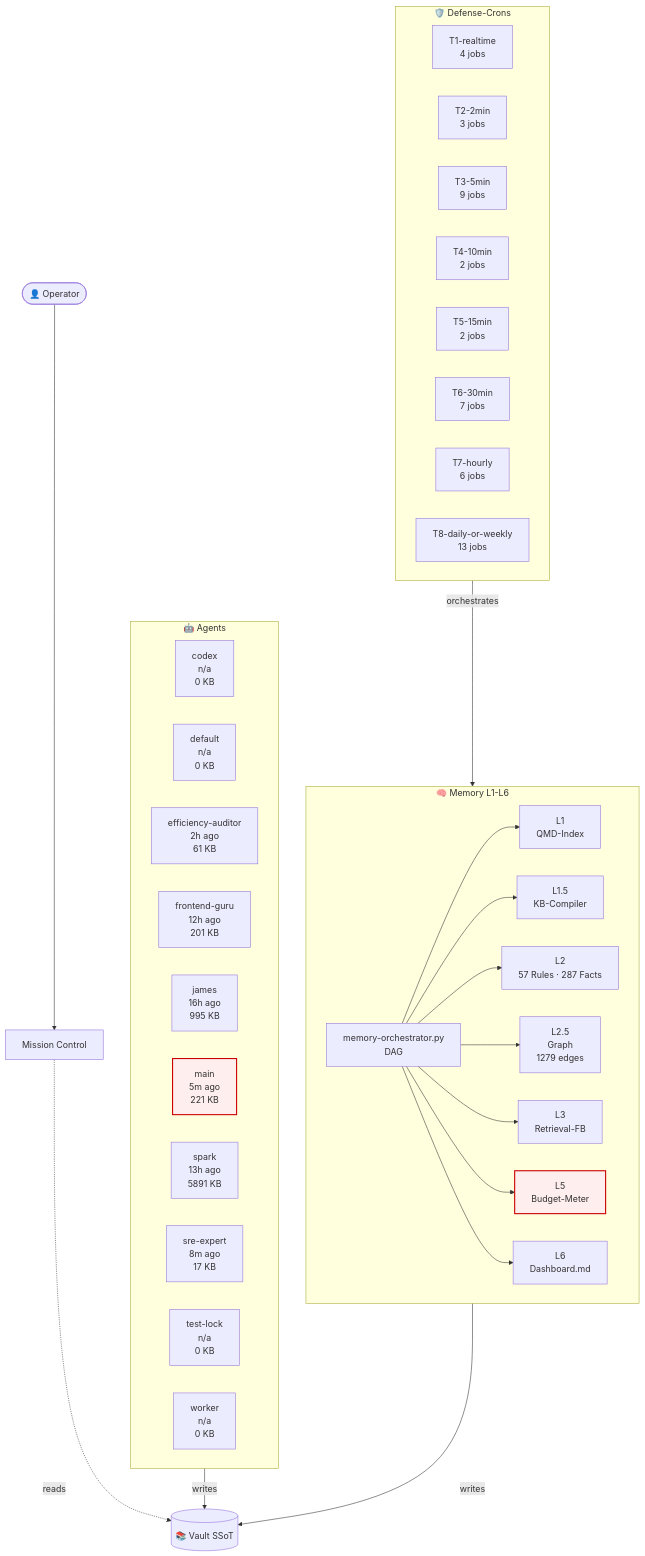
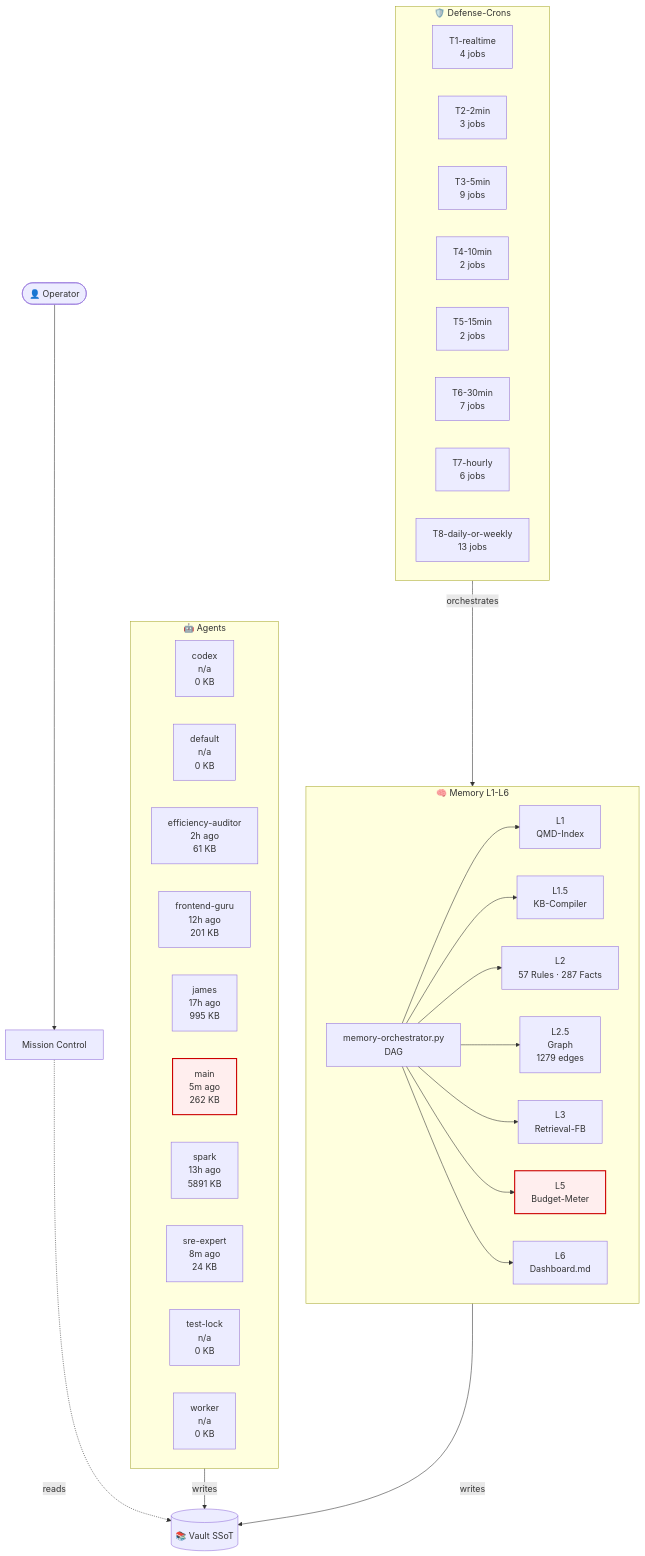
Before and after one commit to lenardhuebner88-rgb/openclaw-memory: the diagram in 03-Agents/architecture-live.md, drawn with Mermaid. The commit also changed other lines of this file and 1 other file, not shown here.

````diff
--- a/03-Agents/architecture-live.md
+++ b/03-Agents/architecture-live.md
@@ -18,53 +18,53 @@
 ```mermaid
 flowchart TB
     classDef critical fill:#fee,stroke:#c00,stroke-width:2px;
     subgraph AGT["🤖 Agents"]
         agent_codex["codex<br/>n/a<br/>0 KB"]
         agent_default["default<br/>n/a<br/>0 KB"]
         agent_efficiency_auditor["efficiency-auditor<br/>2h ago<br/>61 KB"]
         agent_frontend_guru["frontend-guru<br/>12h ago<br/>201 KB"]
-        agent_james["james<br/>16h ago<br/>995 KB"]
-        agent_main["main<br/>5m ago<br/>221 KB"]
+        agent_james["james<br/>17h ago<br/>995 KB"]
+        agent_main["main<br/>5m ago<br/>262 KB"]
         agent_spark["spark<br/>13h ago<br/>5891 KB"]
-        agent_sre_expert["sre-expert<br/>8m ago<br/>17 KB"]
+        agent_sre_expert["sre-expert<br/>8m ago<br/>24 KB"]
         agent_test_lock["test-lock<br/>n/a<br/>0 KB"]
         agent_worker["worker<br/>n/a<br/>0 KB"]
     end
     subgraph MEM["🧠 Memory L1-L6"]
         L1["L1<br/>QMD-Index"]
         L15["L1.5<br/>KB-Compiler"]
         L2["L2<br/>57 Rules · 287 Facts"]
         L25["L2.5<br/>Graph<br/>1279 edges"]
         L3["L3<br/>Retrieval-FB"]
         L5["L5<br/>Budget-Meter"]
         L6["L6<br/>Dashboard.md"]
         ORCH["memory-orchestrator.py<br/>DAG"]
     end
     subgraph CRN["🛡️ Defense-Crons"]
         tier_T1_realtime["T1-realtime<br/>4 jobs"]
         tier_T2_2min["T2-2min<br/>3 jobs"]
         tier_T3_5min["T3-5min<br/>9 jobs"]
         tier_T4_10min["T4-10min<br/>2 jobs"]
         tier_T5_15min["T5-15min<br/>2 jobs"]
         tier_T6_30min["T6-30min<br/>7 jobs"]
         tier_T7_hourly["T7-hourly<br/>6 jobs"]
         tier_T8_daily_or_weekly["T8-daily-or-weekly<br/>13 jobs"]
     end
     VAULT[("📚 Vault SSoT")]
     OP([👤 Operator])
     MC["Mission Control"]
     OP --> MC
     MC -.reads.-> VAULT
     AGT -->|writes| VAULT
     MEM -->|writes| VAULT
     ORCH --> L1
     ORCH --> L15
     ORCH --> L2
     ORCH --> L25
     ORCH --> L3
     ORCH --> L5
     ORCH --> L6
     CRN -->|orchestrates| MEM
     class L5 critical
     class agent_main critical
 ```
````
